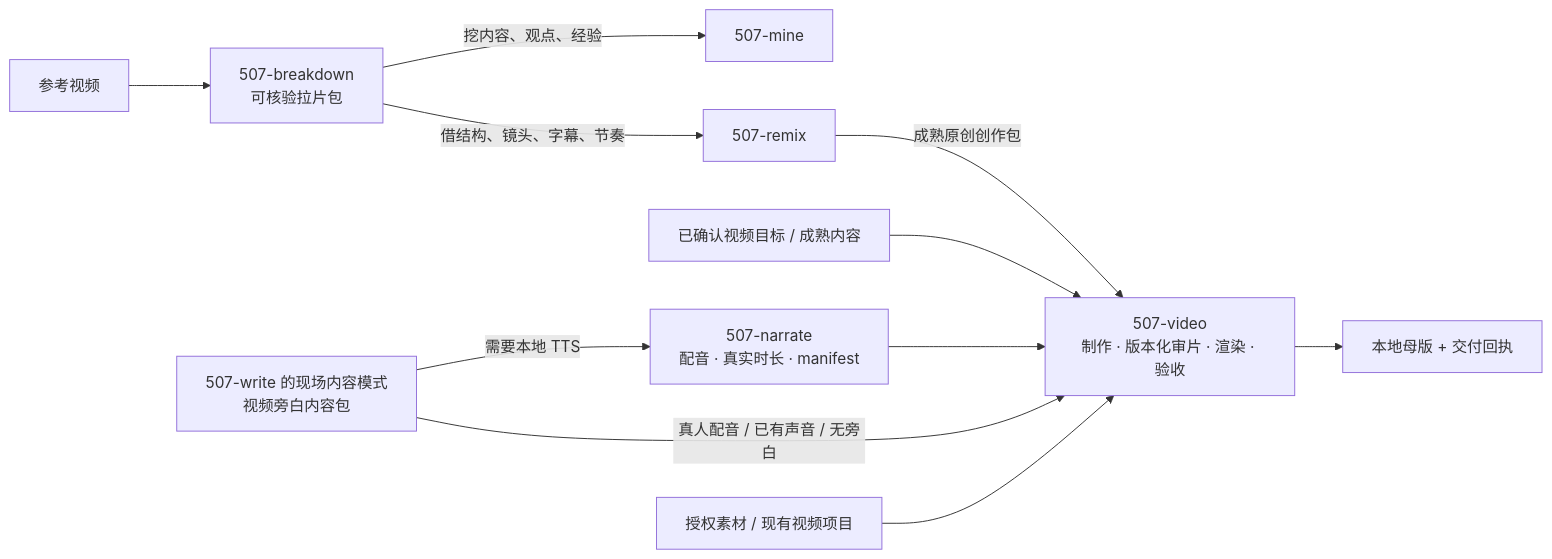
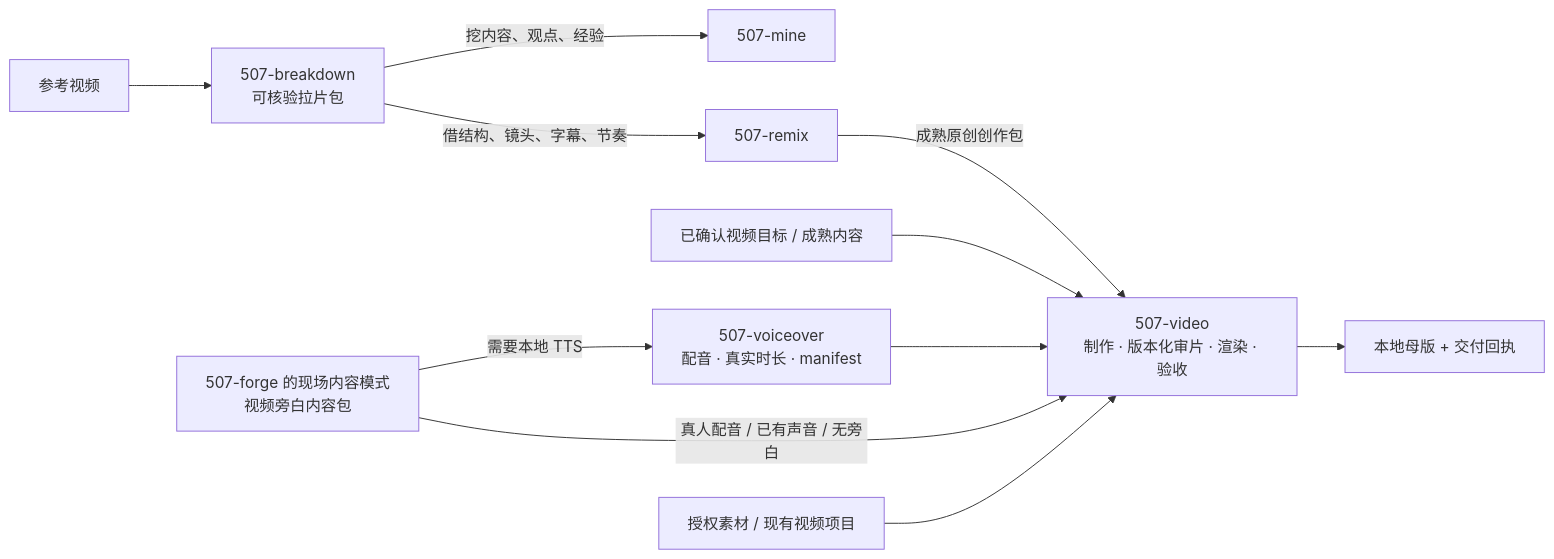
The third of 3 diagrams in write/README.md (ssdiwu/507-skills), drawn with Mermaid before and after one commit. The commit also changed other lines of this file and 103 other files, not shown here.

````diff
--- a/write/README.md
+++ b/write/README.md
@@ -52,13 +52,13 @@
 ```mermaid
 flowchart LR
     reference["参考视频"] --> breakdown["507-breakdown<br/>可核验拉片包"]
     breakdown -->|"挖内容、观点、经验"| mine["507-mine"]
     breakdown -->|"借结构、镜头、字幕、节奏"| remix["507-remix"]
     remix -->|"成熟原创创作包"| production["507-video<br/>制作 · 版本化审片 · 渲染 · 验收"]
     confirmed["已确认视频目标 / 成熟内容"] --> production
-    narration["507-write 的现场内容模式<br/>视频旁白内容包"] -->|"需要本地 TTS"| narrate["507-narrate<br/>配音 · 真实时长 · manifest"]
+    narration["507-forge 的现场内容模式<br/>视频旁白内容包"] -->|"需要本地 TTS"| narrate["507-voiceover<br/>配音 · 真实时长 · manifest"]
     narrate --> production
     narration -->|"真人配音 / 已有声音 / 无旁白"| production
     assets["授权素材 / 现有视频项目"] --> production
     production --> master["本地母版 + 交付回执"]
 ```
````
